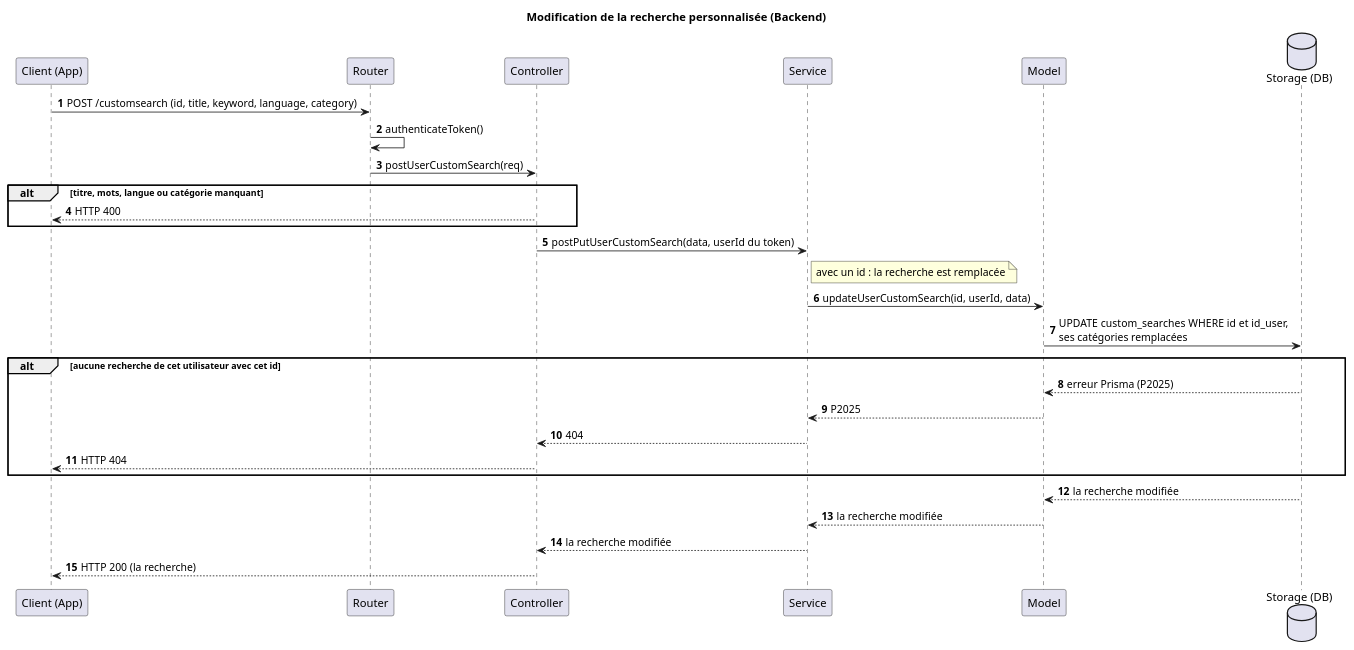
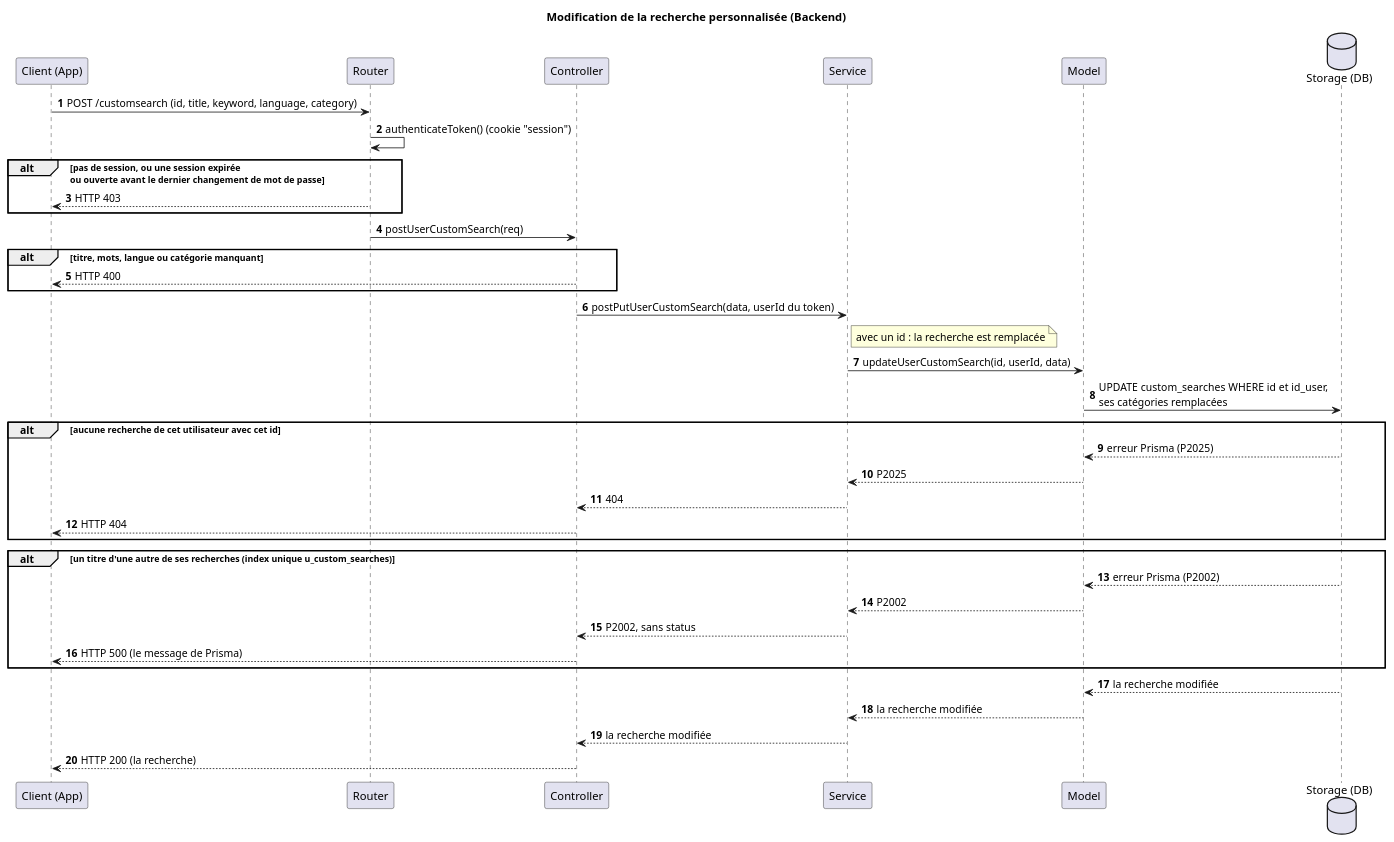
Before and after one commit to TPI2026-NewsGenerator/NewsGenerator-Backend: the diagram in docs/UML/search-history-edit-diagram.puml, drawn with PlantUML. The commit also changed 61 other files, not shown here.

First line of the commit message:
Bring the README, the MLD, the walkthroughs and every diagram up to date

```diff
--- a/docs/UML/search-history-edit-diagram.puml
+++ b/docs/UML/search-history-edit-diagram.puml
@@ -1,34 +1,43 @@
 @startuml
 title Modification de la recherche personnalisée (Backend)
 autonumber
 
 participant "Client (App)" as Client
 participant "Router" as Router
 participant "Controller" as Controller
 participant "Service" as Service
 participant "Model" as Model
 database "Storage (DB)" as Storage
 
 
 Client -> Router : POST /customsearch (id, title, keyword, language, category)
-Router -> Router : authenticateToken()
+Router -> Router : authenticateToken() (cookie "session")
+alt pas de session, ou une session expirée\nou ouverte avant le dernier changement de mot de passe
+    Router --> Client : HTTP 403
+end
 Router -> Controller : postUserCustomSearch(req)
 alt titre, mots, langue ou catégorie manquant
     Controller --> Client : HTTP 400
 end
 Controller -> Service : postPutUserCustomSearch(data, userId du token)
 note right of Service : avec un id : la recherche est remplacée
 Service -> Model : updateUserCustomSearch(id, userId, data)
 Model -> Storage : UPDATE custom_searches WHERE id et id_user,\nses catégories remplacées
 alt aucune recherche de cet utilisateur avec cet id
     Storage --> Model : erreur Prisma (P2025)
     Model --> Service : P2025
     Service --> Controller : 404
     Controller --> Client : HTTP 404
 end
+alt un titre d'une autre de ses recherches (index unique u_custom_searches)
+    Storage --> Model : erreur Prisma (P2002)
+    Model --> Service : P2002
+    Service --> Controller : P2002, sans status
+    Controller --> Client : HTTP 500 (le message de Prisma)
+end
 Storage --> Model : la recherche modifiée
 Model --> Service : la recherche modifiée
 Service --> Controller : la recherche modifiée
 Controller --> Client : HTTP 200 (la recherche)
 
 @enduml
```
